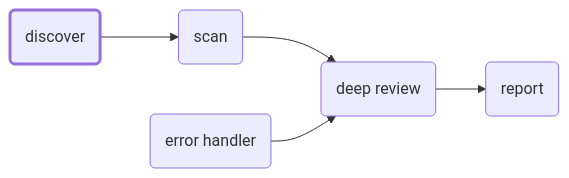
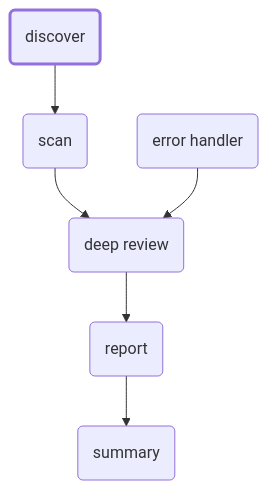
Before and after one commit to GEMISIS/leviath: the diagram in docs/assets/agents/src/reviewer.mmd, drawn with Mermaid. The commit also changed 41 other files, not shown here.

```diff
--- a/docs/assets/agents/src/reviewer.mmd
+++ b/docs/assets/agents/src/reviewer.mmd
@@ -1,12 +1,14 @@
-flowchart LR
+flowchart TD
     discover(discover)
     scan(scan)
     deep_review(deep review)
     report(report)
     error_handler(error handler)
+    summary(summary)
     discover --> scan
     scan --> deep_review
     deep_review --> report
+    report --> summary
     error_handler --> deep_review
     classDef entry stroke-width:3px
     class discover entry
```
